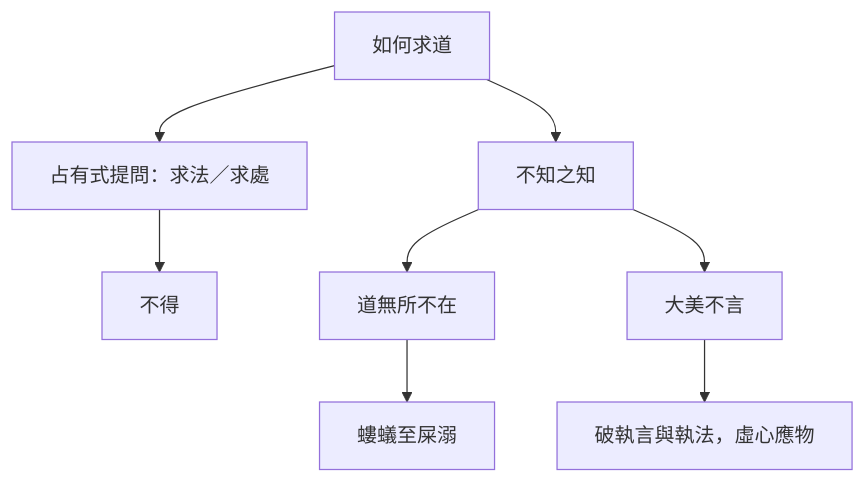
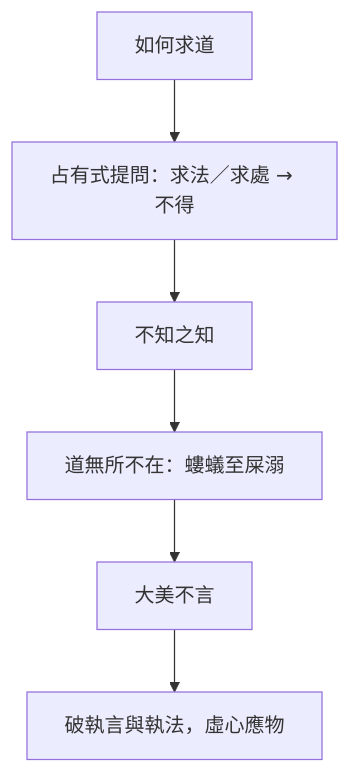
The diagram in content/chapters/02-外篇/22-知北遊.md (show0621/zhuangzi-atlas), drawn with Mermaid before and after one commit. The commit also changed other lines of this file and 35 other files, not shown here.

First line of the commit message:
fix(print): 全書心智圖改單欄並獨頁放大

````diff
--- a/content/chapters/02-外篇/22-知北遊.md
+++ b/content/chapters/02-外篇/22-知北遊.md
@@ -160,10 +160,9 @@
 ```mermaid
 flowchart TB
-  Q[如何求道] --> P[占有式提問：求法／求處]
-  P --> F[不得]
-  Q --> U[不知之知]
-  U --> D[道無所不在]
-  D --> B[螻蟻至屎溺]
-  U --> S[大美不言]
-  S --> R[破執言與執法，虛心應物]
+  Q["如何求道"]
+  Q --> P["占有式提問：求法／求處 → 不得"]
+  P --> U["不知之知"]
+  U --> D["道無所不在：螻蟻至屎溺"]
+  D --> S["大美不言"]
+  S --> R["破執言與執法，虛心應物"]
 ```
````
